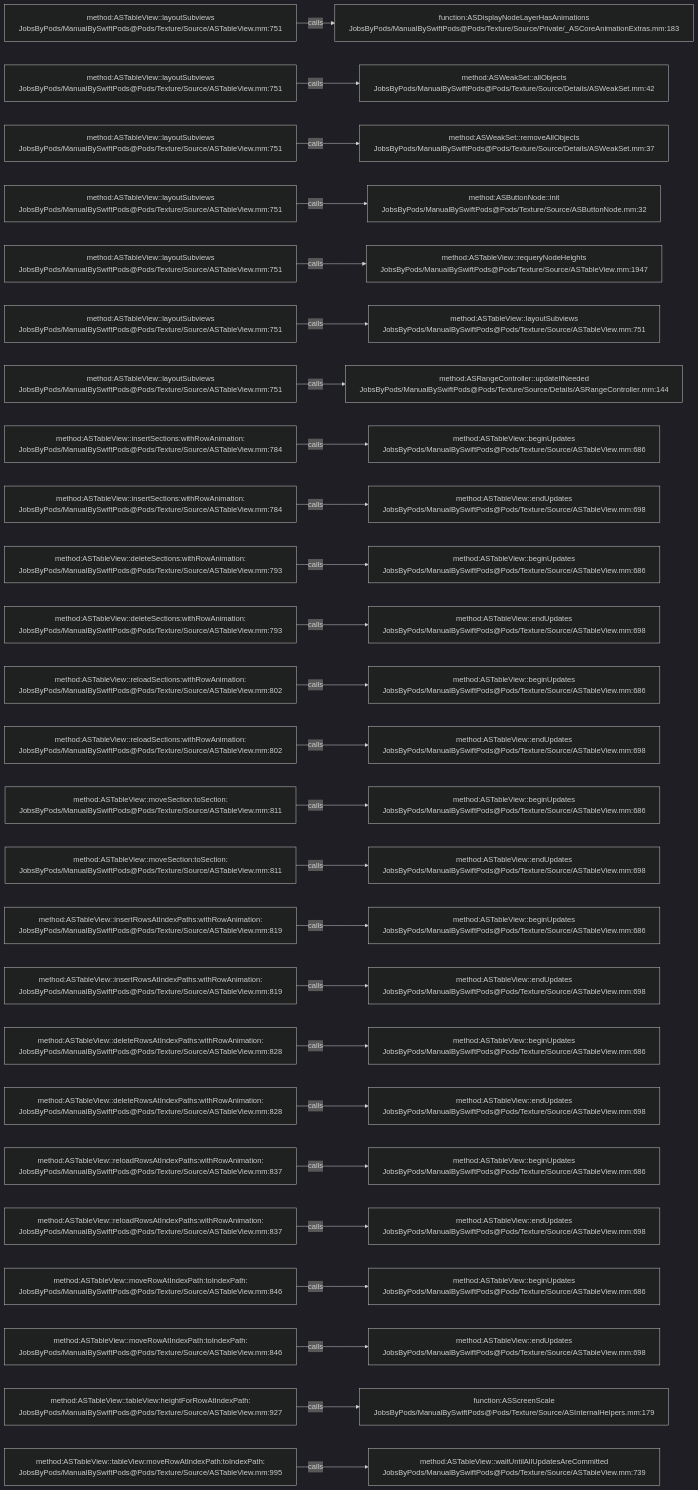
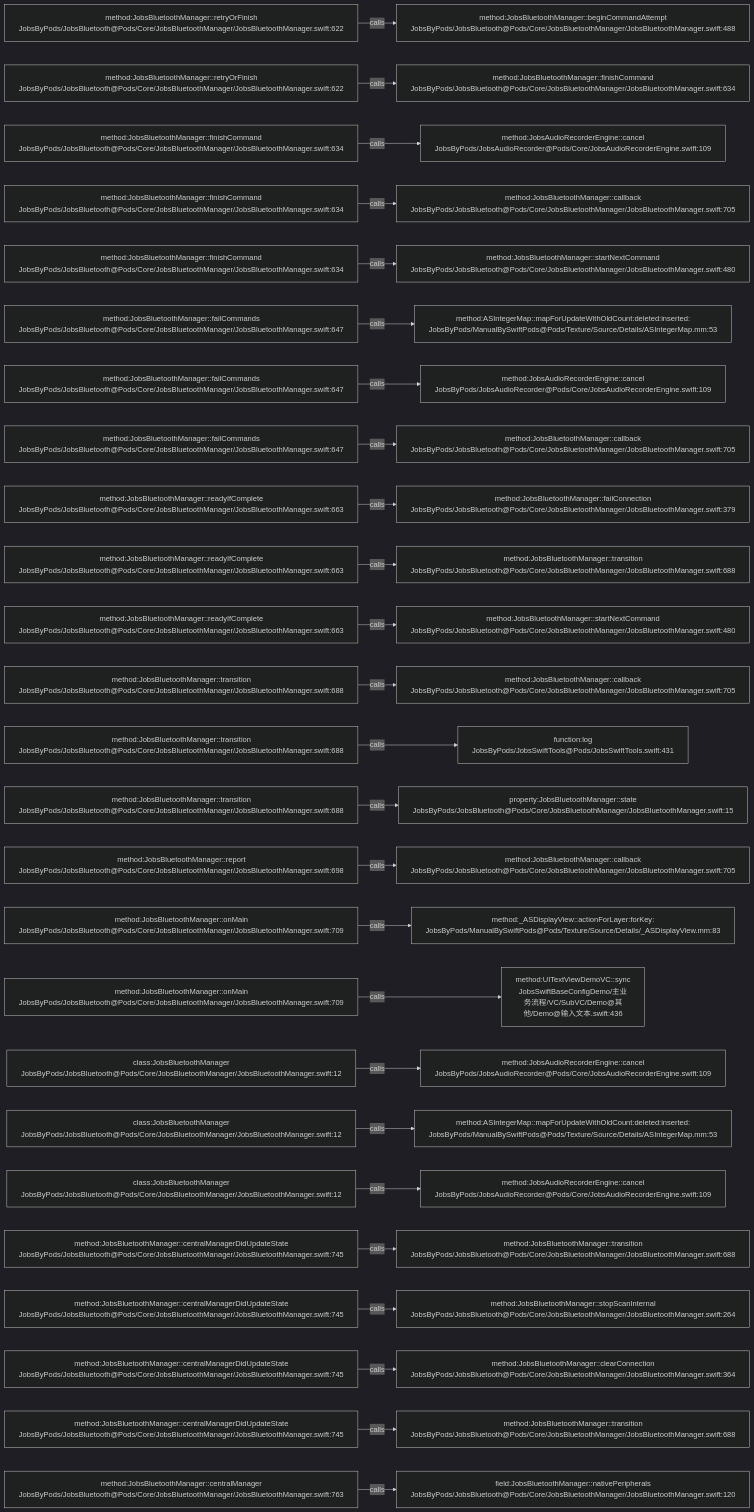
Before and after one commit to JobsKits/JobsSwiftBaseConfigDemo: the diagram in .codegraph/codegraph.md/graphs/calls-060.md, drawn with Mermaid (dark theme). The commit also changed 224 other files, not shown here.

````diff
--- a/.codegraph/codegraph.md/graphs/calls-060.md
+++ b/.codegraph/codegraph.md/graphs/calls-060.md
@@ -13,78 +13,78 @@
 ```mermaid
 flowchart LR
-  S1["method:ASTableView::layoutSubviews<br/>JobsByPods/ManualBySwiftPods@Pods/Texture/Source/ASTableView.mm:751"]
-  T1["function:ASDisplayNodeLayerHasAnimations<br/>JobsByPods/ManualBySwiftPods@Pods/Texture/Source/Private/_ASCoreAnimationExtras.mm:183"]
+  S1["method:JobsBluetoothManager::retryOrFinish<br/>JobsByPods/JobsBluetooth@Pods/Core/JobsBluetoothManager/JobsBluetoothManager.swift:622"]
+  T1["method:JobsBluetoothManager::beginCommandAttempt<br/>JobsByPods/JobsBluetooth@Pods/Core/JobsBluetoothManager/JobsBluetoothManager.swift:488"]
   S1 -->|calls| T1
-  S2["method:ASTableView::layoutSubviews<br/>JobsByPods/ManualBySwiftPods@Pods/Texture/Source/ASTableView.mm:751"]
-  T2["method:ASWeakSet::allObjects<br/>JobsByPods/ManualBySwiftPods@Pods/Texture/Source/Details/ASWeakSet.mm:42"]
+  S2["method:JobsBluetoothManager::retryOrFinish<br/>JobsByPods/JobsBluetooth@Pods/Core/JobsBluetoothManager/JobsBluetoothManager.swift:622"]
+  T2["method:JobsBluetoothManager::finishCommand<br/>JobsByPods/JobsBluetooth@Pods/Core/JobsBluetoothManager/JobsBluetoothManager.swift:634"]
   S2 -->|calls| T2
-  S3["method:ASTableView::layoutSubviews<br/>JobsByPods/ManualBySwiftPods@Pods/Texture/Source/ASTableView.mm:751"]
-  T3["method:ASWeakSet::removeAllObjects<br/>JobsByPods/ManualBySwiftPods@Pods/Texture/Source/Details/ASWeakSet.mm:37"]
+  S3["method:JobsBluetoothManager::finishCommand<br/>JobsByPods/JobsBluetooth@Pods/Core/JobsBluetoothManager/JobsBluetoothManager.swift:634"]
+  T3["method:JobsAudioRecorderEngine::cancel<br/>JobsByPods/JobsAudioRecorder@Pods/Core/JobsAudioRecorderEngine.swift:109"]
   S3 -->|calls| T3
-  S4["method:ASTableView::layoutSubviews<br/>JobsByPods/ManualBySwiftPods@Pods/Texture/Source/ASTableView.mm:751"]
-  T4["method:ASButtonNode::init<br/>JobsByPods/ManualBySwiftPods@Pods/Texture/Source/ASButtonNode.mm:32"]
+  S4["method:JobsBluetoothManager::finishCommand<br/>JobsByPods/JobsBluetooth@Pods/Core/JobsBluetoothManager/JobsBluetoothManager.swift:634"]
+  T4["method:JobsBluetoothManager::callback<br/>JobsByPods/JobsBluetooth@Pods/Core/JobsBluetoothManager/JobsBluetoothManager.swift:705"]
   S4 -->|calls| T4
-  S5["method:ASTableView::layoutSubviews<br/>JobsByPods/ManualBySwiftPods@Pods/Texture/Source/ASTableView.mm:751"]
-  T5["method:ASTableView::requeryNodeHeights<br/>JobsByPods/ManualBySwiftPods@Pods/Texture/Source/ASTableView.mm:1947"]
+  S5["method:JobsBluetoothManager::finishCommand<br/>JobsByPods/JobsBluetooth@Pods/Core/JobsBluetoothManager/JobsBluetoothManager.swift:634"]
+  T5["method:JobsBluetoothManager::startNextCommand<br/>JobsByPods/JobsBluetooth@Pods/Core/JobsBluetoothManager/JobsBluetoothManager.swift:480"]
   S5 -->|calls| T5
-  S6["method:ASTableView::layoutSubviews<br/>JobsByPods/ManualBySwiftPods@Pods/Texture/Source/ASTableView.mm:751"]
-  T6["method:ASTableView::layoutSubviews<br/>JobsByPods/ManualBySwiftPods@Pods/Texture/Source/ASTableView.mm:751"]
+  S6["method:JobsBluetoothManager::failCommands<br/>JobsByPods/JobsBluetooth@Pods/Core/JobsBluetoothManager/JobsBluetoothManager.swift:647"]
+  T6["method:ASIntegerMap::mapForUpdateWithOldCount:deleted:inserted:<br/>JobsByPods/ManualBySwiftPods@Pods/Texture/Source/Details/ASIntegerMap.mm:53"]
   S6 -->|calls| T6
-  S7["method:ASTableView::layoutSubviews<br/>JobsByPods/ManualBySwiftPods@Pods/Texture/Source/ASTableView.mm:751"]
-  T7["method:ASRangeController::updateIfNeeded<br/>JobsByPods/ManualBySwiftPods@Pods/Texture/Source/Details/ASRangeController.mm:144"]
+  S7["method:JobsBluetoothManager::failCommands<br/>JobsByPods/JobsBluetooth@Pods/Core/JobsBluetoothManager/JobsBluetoothManager.swift:647"]
+  T7["method:JobsAudioRecorderEngine::cancel<br/>JobsByPods/JobsAudioRecorder@Pods/Core/JobsAudioRecorderEngine.swift:109"]
   S7 -->|calls| T7
-  S8["method:ASTableView::insertSections:withRowAnimation:<br/>JobsByPods/ManualBySwiftPods@Pods/Texture/Source/ASTableView.mm:784"]
-  T8["method:ASTableView::beginUpdates<br/>JobsByPods/ManualBySwiftPods@Pods/Texture/Source/ASTableView.mm:686"]
+  S8["method:JobsBluetoothManager::failCommands<br/>JobsByPods/JobsBluetooth@Pods/Core/JobsBluetoothManager/JobsBluetoothManager.swift:647"]
+  T8["method:JobsBluetoothManager::callback<br/>JobsByPods/JobsBluetooth@Pods/Core/JobsBluetoothManager/JobsBluetoothManager.swift:705"]
   S8 -->|calls| T8
-  S9["method:ASTableView::insertSections:withRowAnimation:<br/>JobsByPods/ManualBySwiftPods@Pods/Texture/Source/ASTableView.mm:784"]
-  T9["method:ASTableView::endUpdates<br/>JobsByPods/ManualBySwiftPods@Pods/Texture/Source/ASTableView.mm:698"]
+  S9["method:JobsBluetoothManager::readyIfComplete<br/>JobsByPods/JobsBluetooth@Pods/Core/JobsBluetoothManager/JobsBluetoothManager.swift:663"]
+  T9["method:JobsBluetoothManager::failConnection<br/>JobsByPods/JobsBluetooth@Pods/Core/JobsBluetoothManager/JobsBluetoothManager.swift:379"]
   S9 -->|calls| T9
-  S10["method:ASTableView::deleteSections:withRowAnimation:<br/>JobsByPods/ManualBySwiftPods@Pods/Texture/Source/ASTableView.mm:793"]
-  T10["method:ASTableView::beginUpdates<br/>JobsByPods/ManualBySwiftPods@Pods/Texture/Source/ASTableView.mm:686"]
+  S10["method:JobsBluetoothManager::readyIfComplete<br/>JobsByPods/JobsBluetooth@Pods/Core/JobsBluetoothManager/JobsBluetoothManager.swift:663"]
+  T10["method:JobsBluetoothManager::transition<br/>JobsByPods/JobsBluetooth@Pods/Core/JobsBluetoothManager/JobsBluetoothManager.swift:688"]
   S10 -->|calls| T10
-  S11["method:ASTableView::deleteSections:withRowAnimation:<br/>JobsByPods/ManualBySwiftPods@Pods/Texture/Source/ASTableView.mm:793"]
-  T11["method:ASTableView::endUpdates<br/>JobsByPods/ManualBySwiftPods@Pods/Texture/Source/ASTableView.mm:698"]
+  S11["method:JobsBluetoothManager::readyIfComplete<br/>JobsByPods/JobsBluetooth@Pods/Core/JobsBluetoothManager/JobsBluetoothManager.swift:663"]
+  T11["method:JobsBluetoothManager::startNextCommand<br/>JobsByPods/JobsBluetooth@Pods/Core/JobsBluetoothManager/JobsBluetoothManager.swift:480"]
   S11 -->|calls| T11
-  S12["method:ASTableView::reloadSections:withRowAnimation:<br/>JobsByPods/ManualBySwiftPods@Pods/Texture/Source/ASTableView.mm:802"]
-  T12["method:ASTableView::beginUpdates<br/>JobsByPods/ManualBySwiftPods@Pods/Texture/Source/ASTableView.mm:686"]
+  S12["method:JobsBluetoothManager::transition<br/>JobsByPods/JobsBluetooth@Pods/Core/JobsBluetoothManager/JobsBluetoothManager.swift:688"]
+  T12["method:JobsBluetoothManager::callback<br/>JobsByPods/JobsBluetooth@Pods/Core/JobsBluetoothManager/JobsBluetoothManager.swift:705"]
   S12 -->|calls| T12
-  S13["method:ASTableView::reloadSections:withRowAnimation:<br/>JobsByPods/ManualBySwiftPods@Pods/Texture/Source/ASTableView.mm:802"]
-  T13["method:ASTableView::endUpdates<br/>JobsByPods/ManualBySwiftPods@Pods/Texture/Source/ASTableView.mm:698"]
+  S13["method:JobsBluetoothManager::transition<br/>JobsByPods/JobsBluetooth@Pods/Core/JobsBluetoothManager/JobsBluetoothManager.swift:688"]
+  T13["function:log<br/>JobsByPods/JobsSwiftTools@Pods/JobsSwiftTools.swift:431"]
   S13 -->|calls| T13
-  S14["method:ASTableView::moveSection:toSection:<br/>JobsByPods/ManualBySwiftPods@Pods/Texture/Source/ASTableView.mm:811"]
-  T14["method:ASTableView::beginUpdates<br/>JobsByPods/ManualBySwiftPods@Pods/Texture/Source/ASTableView.mm:686"]
+  S14["method:JobsBluetoothManager::transition<br/>JobsByPods/JobsBluetooth@Pods/Core/JobsBluetoothManager/JobsBluetoothManager.swift:688"]
+  T14["property:JobsBluetoothManager::state<br/>JobsByPods/JobsBluetooth@Pods/Core/JobsBluetoothManager/JobsBluetoothManager.swift:15"]
   S14 -->|calls| T14
-  S15["method:ASTableView::moveSection:toSection:<br/>JobsByPods/ManualBySwiftPods@Pods/Texture/Source/ASTableView.mm:811"]
-  T15["method:ASTableView::endUpdates<br/>JobsByPods/ManualBySwiftPods@Pods/Texture/Source/ASTableView.mm:698"]
+  S15["method:JobsBluetoothManager::report<br/>JobsByPods/JobsBluetooth@Pods/Core/JobsBluetoothManager/JobsBluetoothManager.swift:698"]
+  T15["method:JobsBluetoothManager::callback<br/>JobsByPods/JobsBluetooth@Pods/Core/JobsBluetoothManager/JobsBluetoothManager.swift:705"]
   S15 -->|calls| T15
-  S16["method:ASTableView::insertRowsAtIndexPaths:withRowAnimation:<br/>JobsByPods/ManualBySwiftPods@Pods/Texture/Source/ASTableView.mm:819"]
-  T16["method:ASTableView::beginUpdates<br/>JobsByPods/ManualBySwiftPods@Pods/Texture/Source/ASTableView.mm:686"]
+  S16["method:JobsBluetoothManager::onMain<br/>JobsByPods/JobsBluetooth@Pods/Core/JobsBluetoothManager/JobsBluetoothManager.swift:709"]
+  T16["method:_ASDisplayView::actionForLayer:forKey:<br/>JobsByPods/ManualBySwiftPods@Pods/Texture/Source/Details/_ASDisplayView.mm:83"]
   S16 -->|calls| T16
-  S17["method:ASTableView::insertRowsAtIndexPaths:withRowAnimation:<br/>JobsByPods/ManualBySwiftPods@Pods/Texture/Source/ASTableView.mm:819"]
-  T17["method:ASTableView::endUpdates<br/>JobsByPods/ManualBySwiftPods@Pods/Texture/Source/ASTableView.mm:698"]
+  S17["method:JobsBluetoothManager::onMain<br/>JobsByPods/JobsBluetooth@Pods/Core/JobsBluetoothManager/JobsBluetoothManager.swift:709"]
+  T17["method:UITextViewDemoVC::sync<br/>JobsSwiftBaseConfigDemo/主业务流程/VC/SubVC/Demo@其他/Demo@输入文本.swift:436"]
   S17 -->|calls| T17
-  S18["method:ASTableView::deleteRowsAtIndexPaths:withRowAnimation:<br/>JobsByPods/ManualBySwiftPods@Pods/Texture/Source/ASTableView.mm:828"]
-  T18["method:ASTableView::beginUpdates<br/>JobsByPods/ManualBySwiftPods@Pods/Texture/Source/ASTableView.mm:686"]
+  S18["class:JobsBluetoothManager<br/>JobsByPods/JobsBluetooth@Pods/Core/JobsBluetoothManager/JobsBluetoothManager.swift:12"]
+  T18["method:JobsAudioRecorderEngine::cancel<br/>JobsByPods/JobsAudioRecorder@Pods/Core/JobsAudioRecorderEngine.swift:109"]
   S18 -->|calls| T18
-  S19["method:ASTableView::deleteRowsAtIndexPaths:withRowAnimation:<br/>JobsByPods/ManualBySwiftPods@Pods/Texture/Source/ASTableView.mm:828"]
-  T19["method:ASTableView::endUpdates<br/>JobsByPods/ManualBySwiftPods@Pods/Texture/Source/ASTableView.mm:698"]
+  S19["class:JobsBluetoothManager<br/>JobsByPods/JobsBluetooth@Pods/Core/JobsBluetoothManager/JobsBluetoothManager.swift:12"]
+  T19["method:ASIntegerMap::mapForUpdateWithOldCount:deleted:inserted:<br/>JobsByPods/ManualBySwiftPods@Pods/Texture/Source/Details/ASIntegerMap.mm:53"]
   S19 -->|calls| T19
-  S20["method:ASTableView::reloadRowsAtIndexPaths:withRowAnimation:<br/>JobsByPods/ManualBySwiftPods@Pods/Texture/Source/ASTableView.mm:837"]
-  T20["method:ASTableView::beginUpdates<br/>JobsByPods/ManualBySwiftPods@Pods/Texture/Source/ASTableView.mm:686"]
+  S20["class:JobsBluetoothManager<br/>JobsByPods/JobsBluetooth@Pods/Core/JobsBluetoothManager/JobsBluetoothManager.swift:12"]
+  T20["method:JobsAudioRecorderEngine::cancel<br/>JobsByPods/JobsAudioRecorder@Pods/Core/JobsAudioRecorderEngine.swift:109"]
   S20 -->|calls| T20
-  S21["method:ASTableView::reloadRowsAtIndexPaths:withRowAnimation:<br/>JobsByPods/ManualBySwiftPods@Pods/Texture/Source/ASTableView.mm:837"]
-  T21["method:ASTableView::endUpdates<br/>JobsByPods/ManualBySwiftPods@Pods/Texture/Source/ASTableView.mm:698"]
+  S21["method:JobsBluetoothManager::centralManagerDidUpdateState<br/>JobsByPods/JobsBluetooth@Pods/Core/JobsBluetoothManager/JobsBluetoothManager.swift:745"]
+  T21["method:JobsBluetoothManager::transition<br/>JobsByPods/JobsBluetooth@Pods/Core/JobsBluetoothManager/JobsBluetoothManager.swift:688"]
   S21 -->|calls| T21
-  S22["method:ASTableView::moveRowAtIndexPath:toIndexPath:<br/>JobsByPods/ManualBySwiftPods@Pods/Texture/Source/ASTableView.mm:846"]
-  T22["method:ASTableView::beginUpdates<br/>JobsByPods/ManualBySwiftPods@Pods/Texture/Source/ASTableView.mm:686"]
+  S22["method:JobsBluetoothManager::centralManagerDidUpdateState<br/>JobsByPods/JobsBluetooth@Pods/Core/JobsBluetoothManager/JobsBluetoothManager.swift:745"]
+  T22["method:JobsBluetoothManager::stopScanInternal<br/>JobsByPods/JobsBluetooth@Pods/Core/JobsBluetoothManager/JobsBluetoothManager.swift:264"]
   S22 -->|calls| T22
-  S23["method:ASTableView::moveRowAtIndexPath:toIndexPath:<br/>JobsByPods/ManualBySwiftPods@Pods/Texture/Source/ASTableView.mm:846"]
-  T23["method:ASTableView::endUpdates<br/>JobsByPods/ManualBySwiftPods@Pods/Texture/Source/ASTableView.mm:698"]
+  S23["method:JobsBluetoothManager::centralManagerDidUpdateState<br/>JobsByPods/JobsBluetooth@Pods/Core/JobsBluetoothManager/JobsBluetoothManager.swift:745"]
+  T23["method:JobsBluetoothManager::clearConnection<br/>JobsByPods/JobsBluetooth@Pods/Core/JobsBluetoothManager/JobsBluetoothManager.swift:364"]
   S23 -->|calls| T23
-  S24["method:ASTableView::tableView:heightForRowAtIndexPath:<br/>JobsByPods/ManualBySwiftPods@Pods/Texture/Source/ASTableView.mm:927"]
-  T24["function:ASScreenScale<br/>JobsByPods/ManualBySwiftPods@Pods/Texture/Source/ASInternalHelpers.mm:179"]
+  S24["method:JobsBluetoothManager::centralManagerDidUpdateState<br/>JobsByPods/JobsBluetooth@Pods/Core/JobsBluetoothManager/JobsBluetoothManager.swift:745"]
+  T24["method:JobsBluetoothManager::transition<br/>JobsByPods/JobsBluetooth@Pods/Core/JobsBluetoothManager/JobsBluetoothManager.swift:688"]
   S24 -->|calls| T24
-  S25["method:ASTableView::tableView:moveRowAtIndexPath:toIndexPath:<br/>JobsByPods/ManualBySwiftPods@Pods/Texture/Source/ASTableView.mm:995"]
-  T25["method:ASTableView::waitUntilAllUpdatesAreCommitted<br/>JobsByPods/ManualBySwiftPods@Pods/Texture/Source/ASTableView.mm:739"]
+  S25["method:JobsBluetoothManager::centralManager<br/>JobsByPods/JobsBluetooth@Pods/Core/JobsBluetoothManager/JobsBluetoothManager.swift:763"]
+  T25["field:JobsBluetoothManager::nativePeripherals<br/>JobsByPods/JobsBluetooth@Pods/Core/JobsBluetoothManager/JobsBluetoothManager.swift:120"]
   S25 -->|calls| T25
 ```
````
